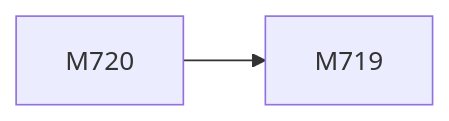
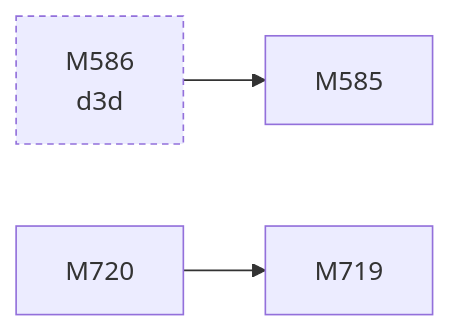
The third of 3 diagrams in docs/facts/graphs/display.md (D-Ogi/amdgpu-wddm), drawn with Mermaid before and after one commit. The commit also changed other lines of this file and 40 other files, not shown here.

````diff
--- a/docs/facts/graphs/display.md
+++ b/docs/facts/graphs/display.md
@@ -146,7 +145,11 @@
 ```mermaid
 flowchart LR
+  M585["M585"]
+  M586["M586<br/>d3d"]
   M719["M719"]
   M720["M720"]
   M720 --> M719
+  M586 --> M585
   classDef other stroke-dasharray:4 3
+  class M586 other
 ```
````
